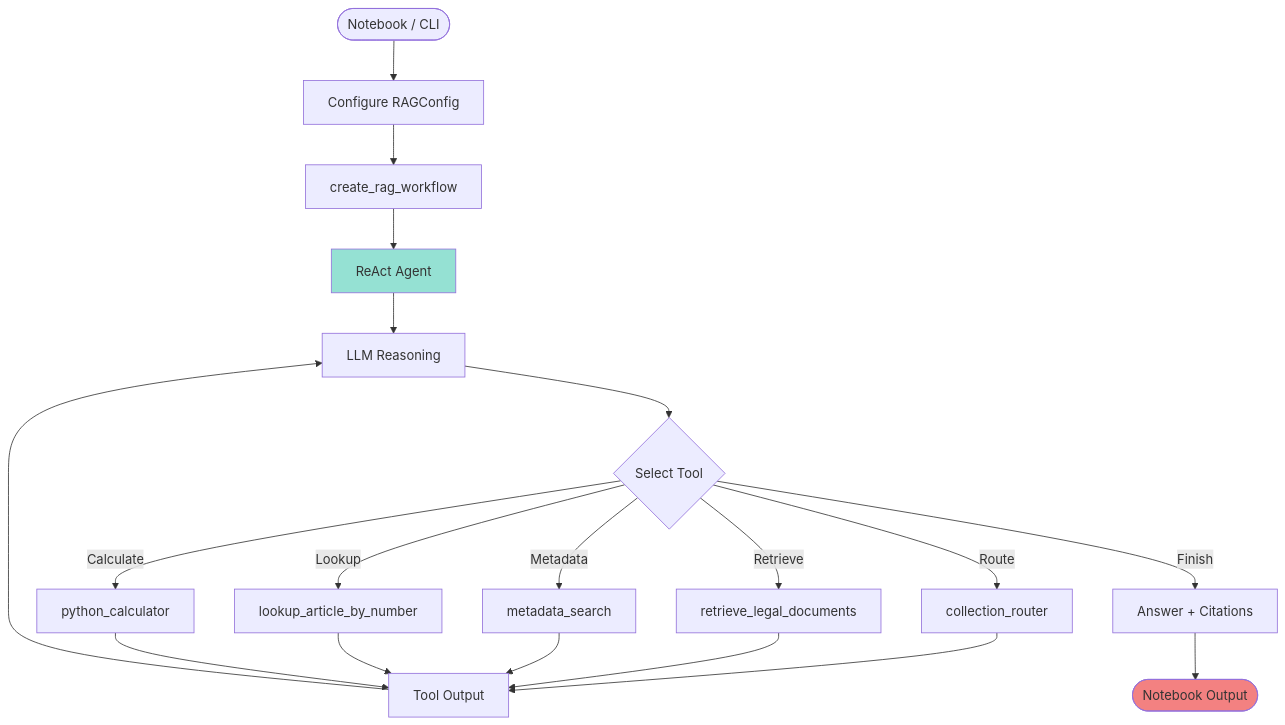
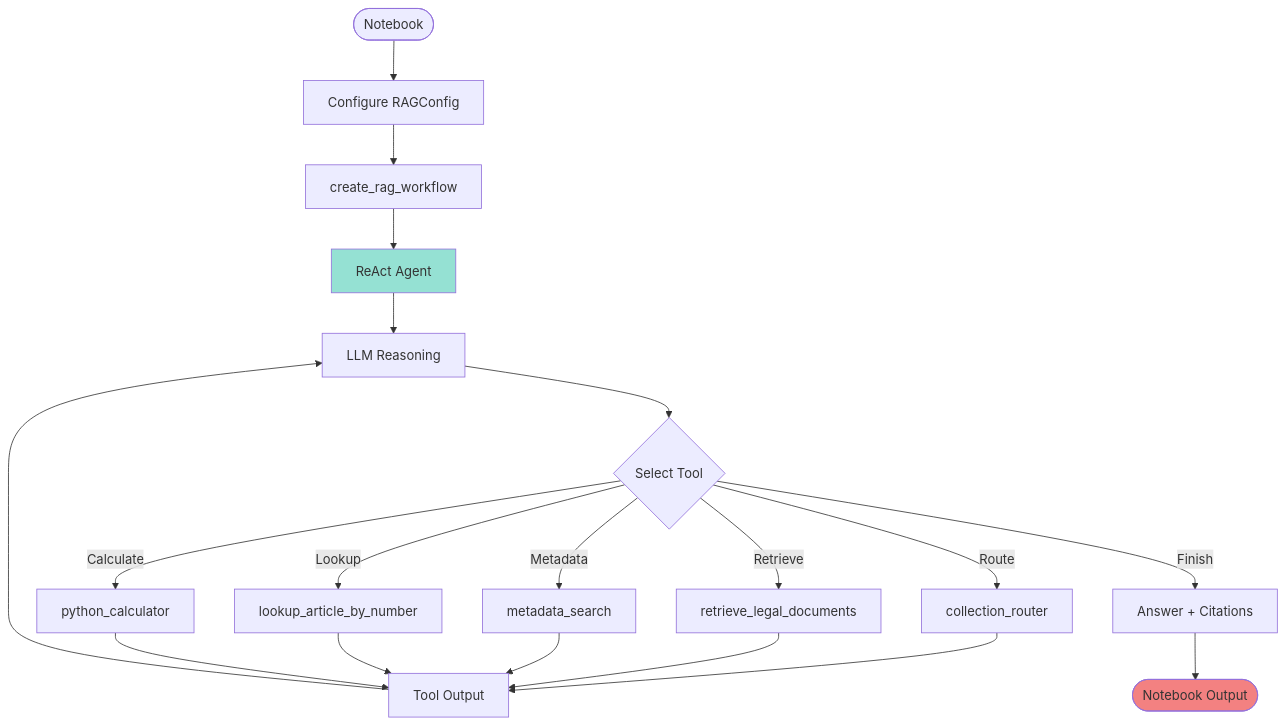
The first of 2 diagrams in docs/DEVELOPER_GUIDE.md (zzw09773/RAG), drawn with Mermaid before and after one commit. The commit also changed other lines of this file and 28 other files, not shown here.

````diff
--- a/docs/DEVELOPER_GUIDE.md
+++ b/docs/DEVELOPER_GUIDE.md
@@ -13,24 +13,24 @@
 ```mermaid
 graph TB
-    Start([Notebook / CLI]) --> Init[Configure RAGConfig]
+    Start([Notebook]) --> Init[Configure RAGConfig]
     Init --> Build[create_rag_workflow]
     Build --> Agent[ReAct Agent]
     Agent --> Think[LLM Reasoning]
     Think --> Action{Select Tool}
     Action -->|Route| RouterTool[collection_router]
     Action -->|Retrieve| RetrieveTool[retrieve_legal_documents]
     Action -->|Metadata| MetadataTool[metadata_search]
     Action -->|Lookup| ArticleTool[lookup_article_by_number]
     Action -->|Calculate| CalcTool[python_calculator]
     RouterTool --> Observe[Tool Output]
     RetrieveTool --> Observe
     MetadataTool --> Observe
     ArticleTool --> Observe
     CalcTool --> Observe
     Observe --> Think
     Action -->|Finish| Answer[Answer + Citations]
     Answer --> End([Notebook Output])
 
     style Agent fill:#95e1d3
     style End fill:#f38181
 ```
````
